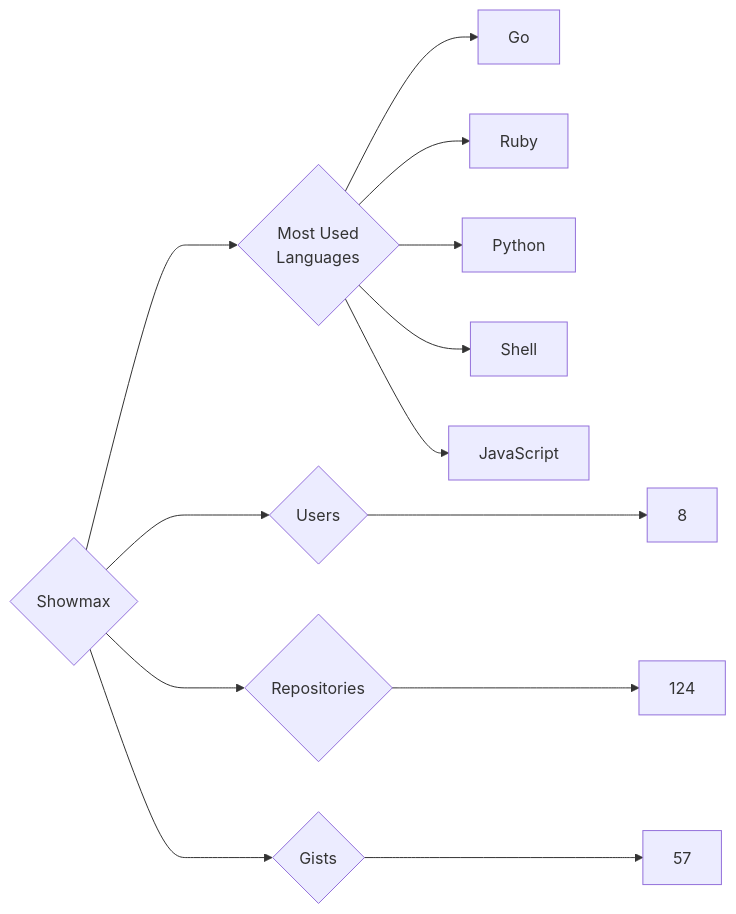
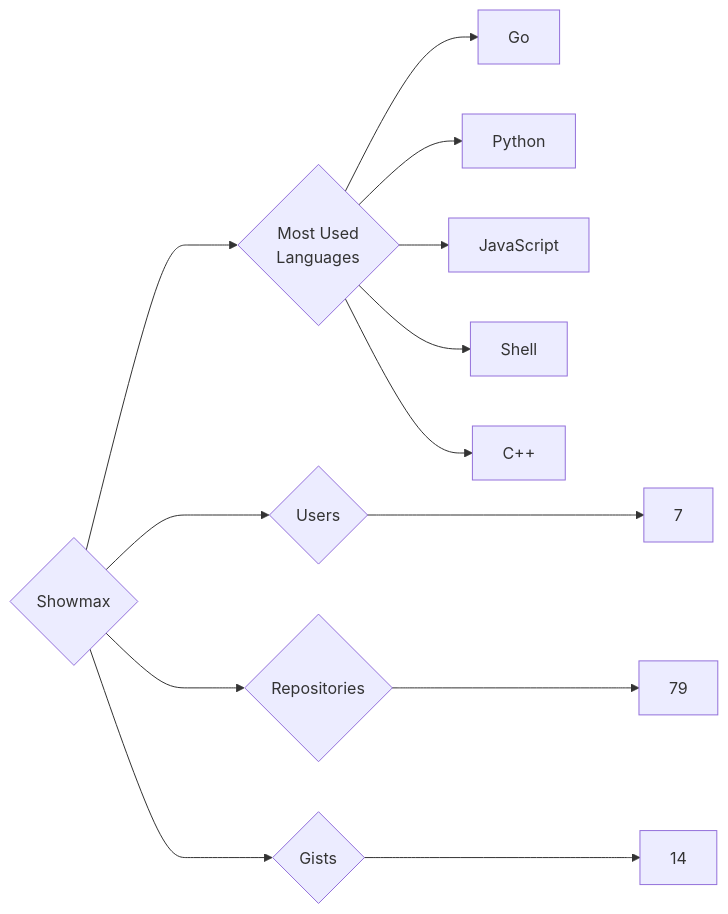
Before and after one commit to trickest/insiders: the diagram in targets/Showmax/README.md, drawn with Mermaid. The commit also changed 928 other files, not shown here.

````diff
--- a/targets/Showmax/README.md
+++ b/targets/Showmax/README.md
@@ -3,13 +3,13 @@
 ```mermaid
 graph LR
 COMPANY_NAME{Showmax}
-COMPANY_NAME ---> U{Users} ---> UN[8]
-COMPANY_NAME ---> R{Repositories} ---> RN[124]
-COMPANY_NAME ---> G{Gists} ---> GN[57]
+COMPANY_NAME ---> U{Users} ---> UN[7]
+COMPANY_NAME ---> R{Repositories} ---> RN[79]
+COMPANY_NAME ---> G{Gists} ---> GN[14]
 COMPANY_NAME ---> ML{Most Used<br>Languages}
 ML --> Go[Go]
-ML --> Ruby[Ruby]
 ML --> Python[Python]
+ML --> JavaScript[JavaScript]
 ML --> Shell[Shell]
-ML --> JavaScript[JavaScript]
+ML --> C++[C++]
 ```
````
